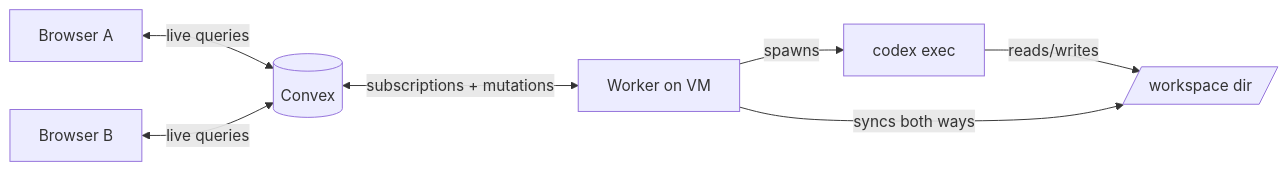
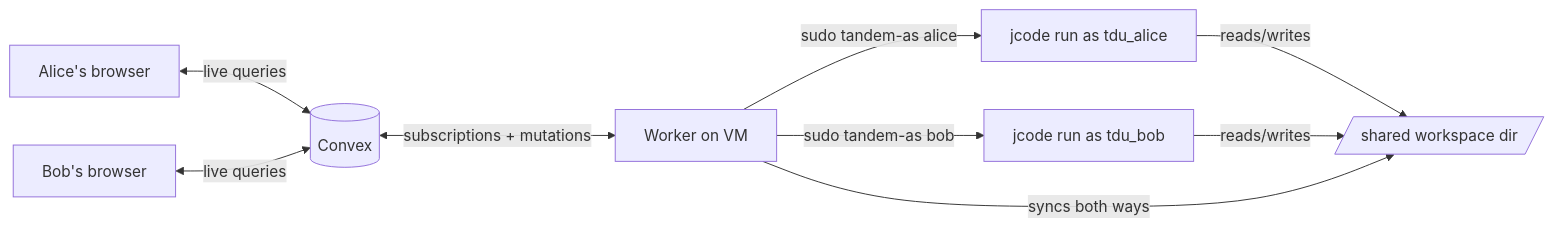
The diagram in README.md (siddharthdbobba/tandem), drawn with Mermaid before and after one commit. The commit also changed other lines of this file and 25 other files, not shown here.

Commit message:
Accounts, saved settings, and per-user subscriptions: Convex Auth, Jcode runs as each prompter's sandboxed Linux user, browser connect flow, per-workspace ACL isolation

````diff
--- a/README.md
+++ b/README.md
@@ -11,9 +13,11 @@
 ```mermaid
 flowchart LR
-  A[Browser A] <-- live queries --> C[(Convex)]
-  B[Browser B] <-- live queries --> C
+  A[Alice's browser] <-- live queries --> C[(Convex)]
+  B[Bob's browser] <-- live queries --> C
   C <-- subscriptions + mutations --> W[Worker on VM]
-  W -- spawns --> X[codex exec]
-  X -- reads/writes --> D[/workspace dir/]
+  W -- "sudo tandem-as alice" --> XA[jcode run as tdu_alice]
+  W -- "sudo tandem-as bob" --> XB[jcode run as tdu_bob]
+  XA -- reads/writes --> D[/shared workspace dir/]
+  XB -- reads/writes --> D
   W -- syncs both ways --> D
 ```
````
